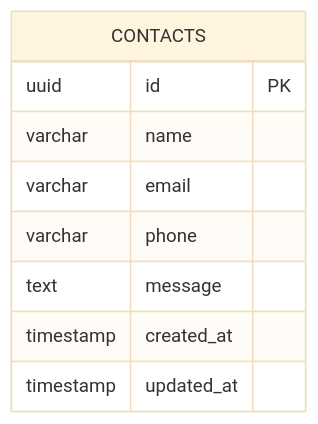
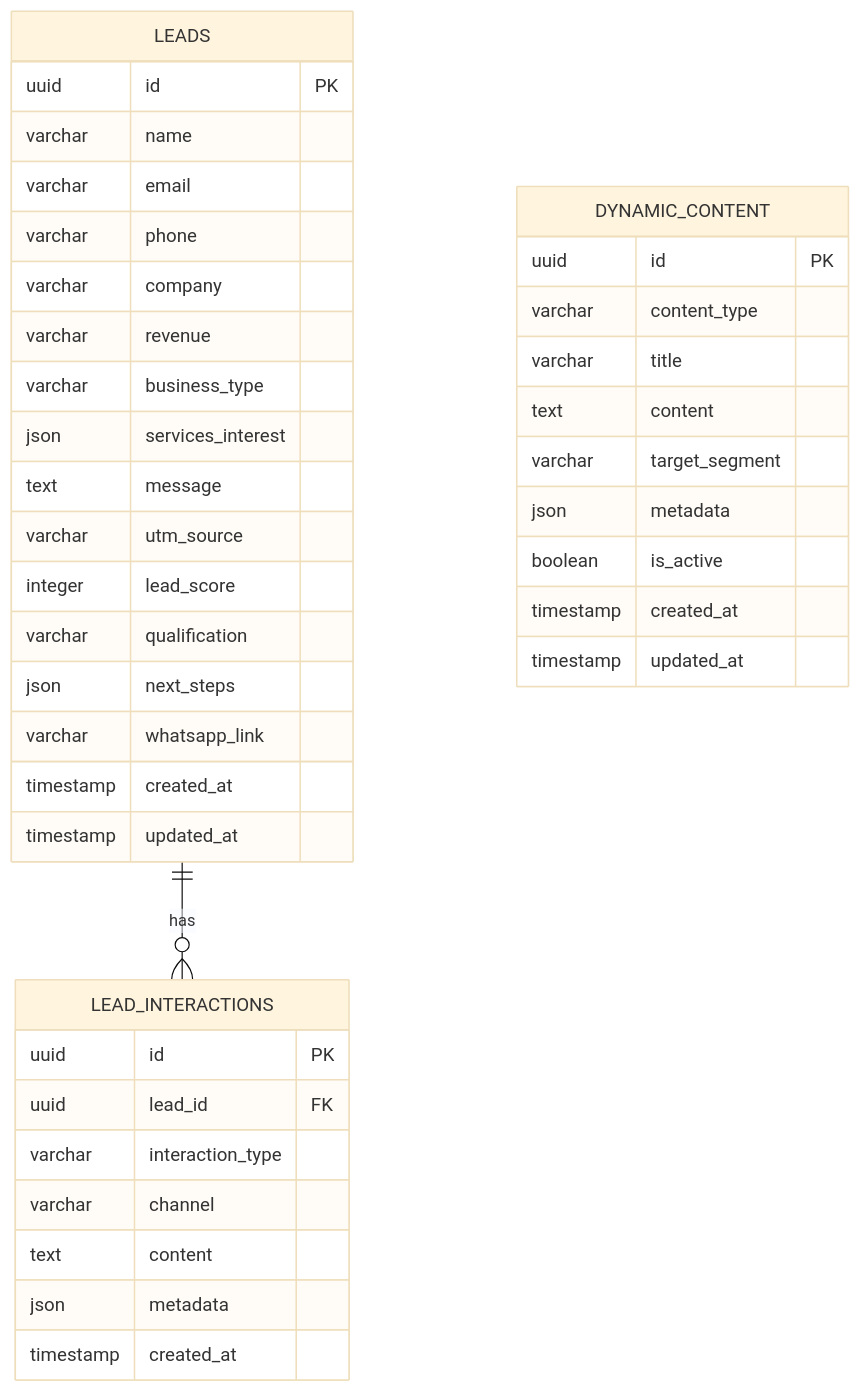
The second of 2 diagrams in .trae/documents/arquitetura_tecnica_agencia_modelo.md (julio7528/modelomkt2), drawn with Mermaid (base theme) before and after one commit. The commit also changed other lines of this file and 25 other files, not shown here.

````diff
--- a/.trae/documents/arquitetura_tecnica_agencia_modelo.md
+++ b/.trae/documents/arquitetura_tecnica_agencia_modelo.md
@@ -75,12 +118,45 @@
 ```mermaid
 erDiagram
-    CONTACTS {
+    LEADS {
         uuid id PK
         varchar name
         varchar email
         varchar phone
+        varchar company
+        varchar revenue
+        varchar business_type
+        json services_interest
         text message
+        varchar utm_source
+        integer lead_score
+        varchar qualification
+        json next_steps
+        varchar whatsapp_link
         timestamp created_at
         timestamp updated_at
     }
+    
+    DYNAMIC_CONTENT {
+        uuid id PK
+        varchar content_type
+        varchar title
+        text content
+        varchar target_segment
+        json metadata
+        boolean is_active
+        timestamp created_at
+        timestamp updated_at
+    }
+    
+    LEAD_INTERACTIONS {
+        uuid id PK
+        uuid lead_id FK
+        varchar interaction_type
+        varchar channel
+        text content
+        json metadata
+        timestamp created_at
+    }
+    
+    LEADS ||--o{ LEAD_INTERACTIONS : has
 ```
````
